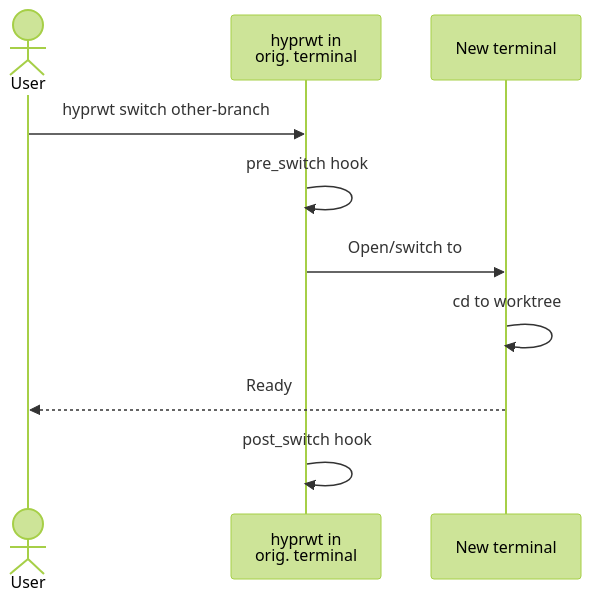
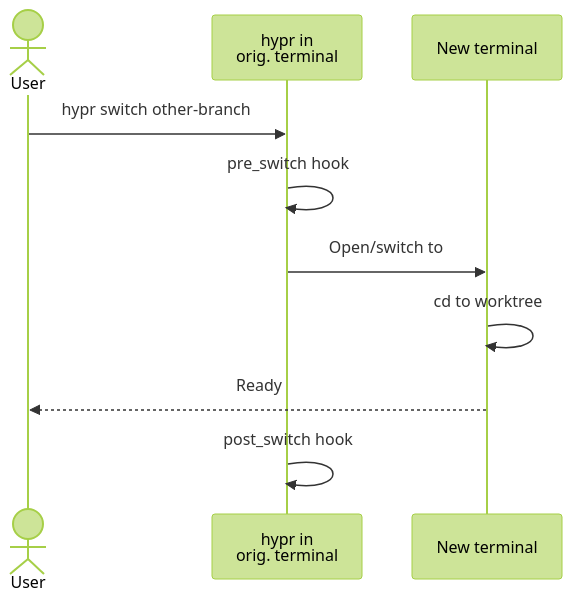
The second of 3 diagrams in docs/lifecyclehooks.md (Stephanvs/hypr), drawn with Mermaid (forest theme) before and after one commit. The commit also changed other lines of this file and 45 other files, not shown here.

Commit message:
feat: rename hyprwt -> hypr

````diff
--- a/docs/lifecyclehooks.md
+++ b/docs/lifecyclehooks.md
@@ -92,13 +92,13 @@
 ```mermaid
 sequenceDiagram
     actor User
-    participant hyprwt as hyprwt in<br>orig. terminal
+    participant hypr as hypr in<br>orig. terminal
     participant Terminal as New terminal
 
-    User->>hyprwt: hyprwt switch other-branch
-    hyprwt->>hyprwt: pre_switch hook
-    hyprwt->>Terminal: Open/switch to
+    User->>hypr: hypr switch other-branch
+    hypr->>hypr: pre_switch hook
+    hypr->>Terminal: Open/switch to
     Terminal->>Terminal: cd to worktree
     Terminal-->>User: Ready
-    hyprwt->>hyprwt: post_switch hook
+    hypr->>hypr: post_switch hook
 ```
````
